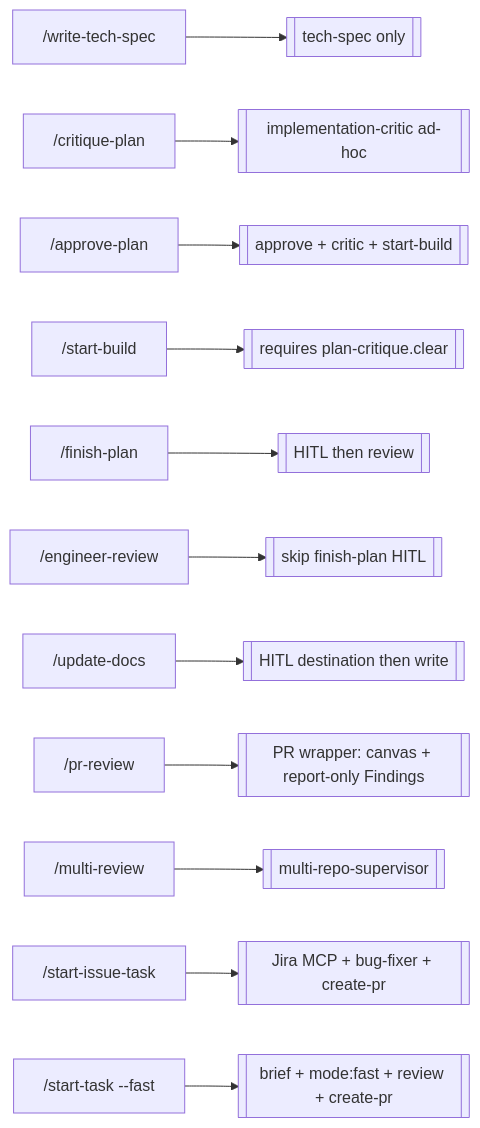
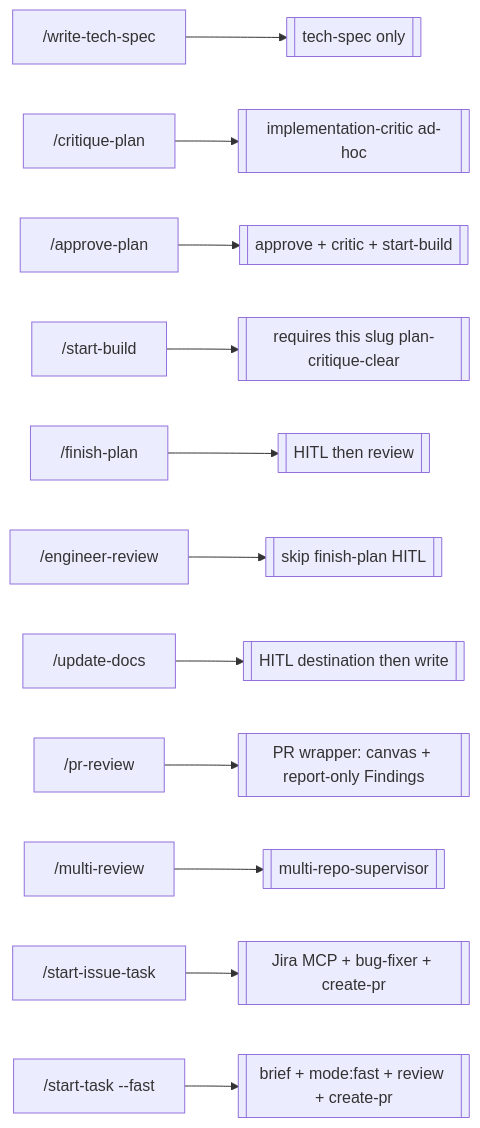
The ninth of 11 diagrams in docs/superpowers/pipeline-flow.md (a-trembak/cursor-spells), drawn with Mermaid before and after one commit. The commit also changed other lines of this file and 3 other files, not shown here.

````diff
--- a/docs/superpowers/pipeline-flow.md
+++ b/docs/superpowers/pipeline-flow.md
@@ -349,14 +349,14 @@
 ```mermaid
 flowchart LR
   writeSpec["/write-tech-spec"] --> techOnly[["tech-spec only"]]
   critique["/critique-plan"] --> criticOnly[["implementation-critic ad-hoc"]]
   approve["/approve-plan"] --> approveFlow[["approve + critic + start-build"]]
-  build["/start-build"] --> buildOnly[["requires plan-critique.clear"]]
+  build["/start-build"] --> buildOnly[["requires this slug plan-critique-clear"]]
   finish["/finish-plan"] --> finishFlow[["HITL then review"]]
   eng["/engineer-review"] --> reviewDirect[["skip finish-plan HITL"]]
   docs["/update-docs"] --> docsFlow[["HITL destination then write"]]
   pr["/pr-review"] --> prWrap[["PR wrapper: canvas + report-only Findings"]]
   multi["/multi-review"] --> multiDirect[["multi-repo-supervisor"]]
   issue["/start-issue-task"] --> issuePipe[["Jira MCP + bug-fixer + create-pr"]]
   fast["/start-task --fast"] --> fastPipe[["brief + mode:fast + review + create-pr"]]
 ```
````
